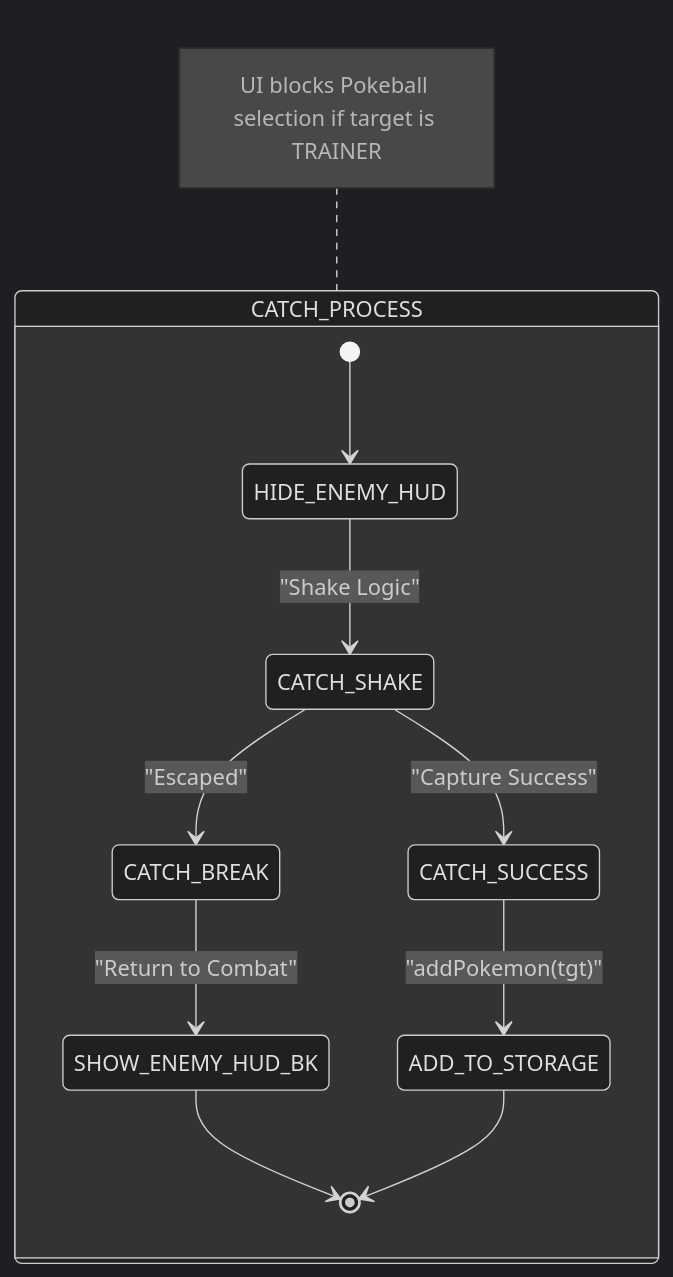
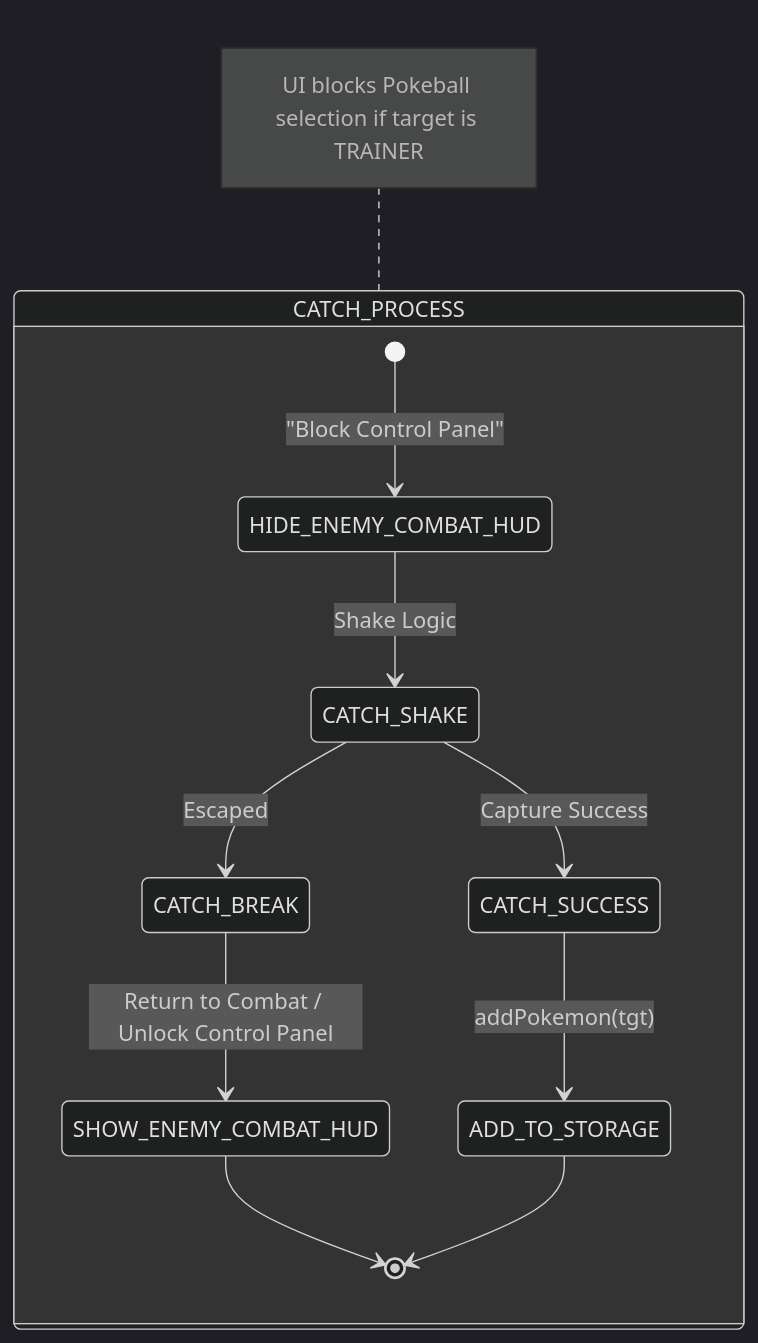
Before and after one commit to Darkham77/PokeBorrador: the sixth of 18 diagrams in .agents/skills/project-standards/references/battle/battle_mechanics_manual.md, drawn with Mermaid (dark theme). The commit also changed other lines of this file and 43 other files, not shown here.

````diff
--- a/.agents/skills/project-standards/references/battle/battle_mechanics_manual.md
+++ b/.agents/skills/project-standards/references/battle/battle_mechanics_manual.md
@@ -483,14 +519,14 @@
 ```mermaid
 stateDiagram-v2
     state CATCH_PROCESS {
-        [*] --> HIDE_ENEMY_HUD
-        HIDE_ENEMY_HUD --> CATCH_SHAKE: "Shake Logic"
-        CATCH_SHAKE --> CATCH_BREAK: "Escaped"
-        CATCH_SHAKE --> CATCH_SUCCESS: "Capture Success"
-        CATCH_SUCCESS --> ADD_TO_STORAGE: "addPokemon(tgt)"
-        CATCH_BREAK --> SHOW_ENEMY_HUD_BK: "Return to Combat"
-        SHOW_ENEMY_HUD_BK --> [*]
+        [*] --> HIDE_ENEMY_COMBAT_HUD : "Block Control Panel"
+        HIDE_ENEMY_COMBAT_HUD --> CATCH_SHAKE : Shake Logic
+        CATCH_SHAKE --> CATCH_BREAK : Escaped
+        CATCH_SHAKE --> CATCH_SUCCESS : Capture Success
+        CATCH_SUCCESS --> ADD_TO_STORAGE : addPokemon(tgt)
+        CATCH_BREAK --> SHOW_ENEMY_COMBAT_HUD : Return to Combat / Unlock Control Panel
+        SHOW_ENEMY_COMBAT_HUD --> [*]
         ADD_TO_STORAGE --> [*]
     }
     note left of CATCH_PROCESS: UI blocks Pokeball selection if target is TRAINER
 ```
````
